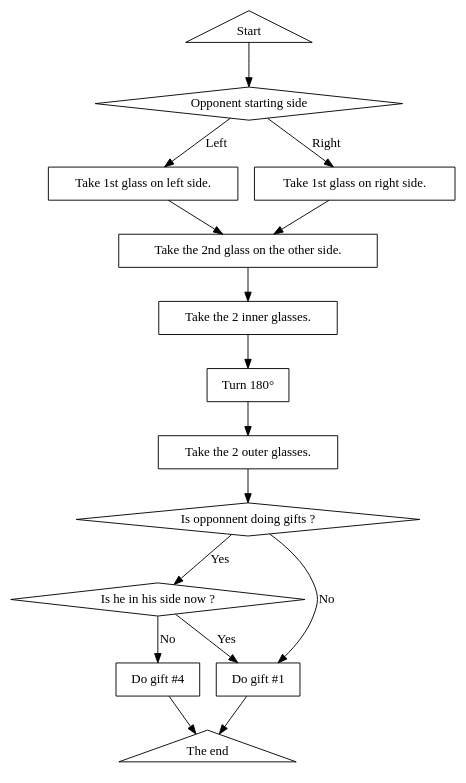
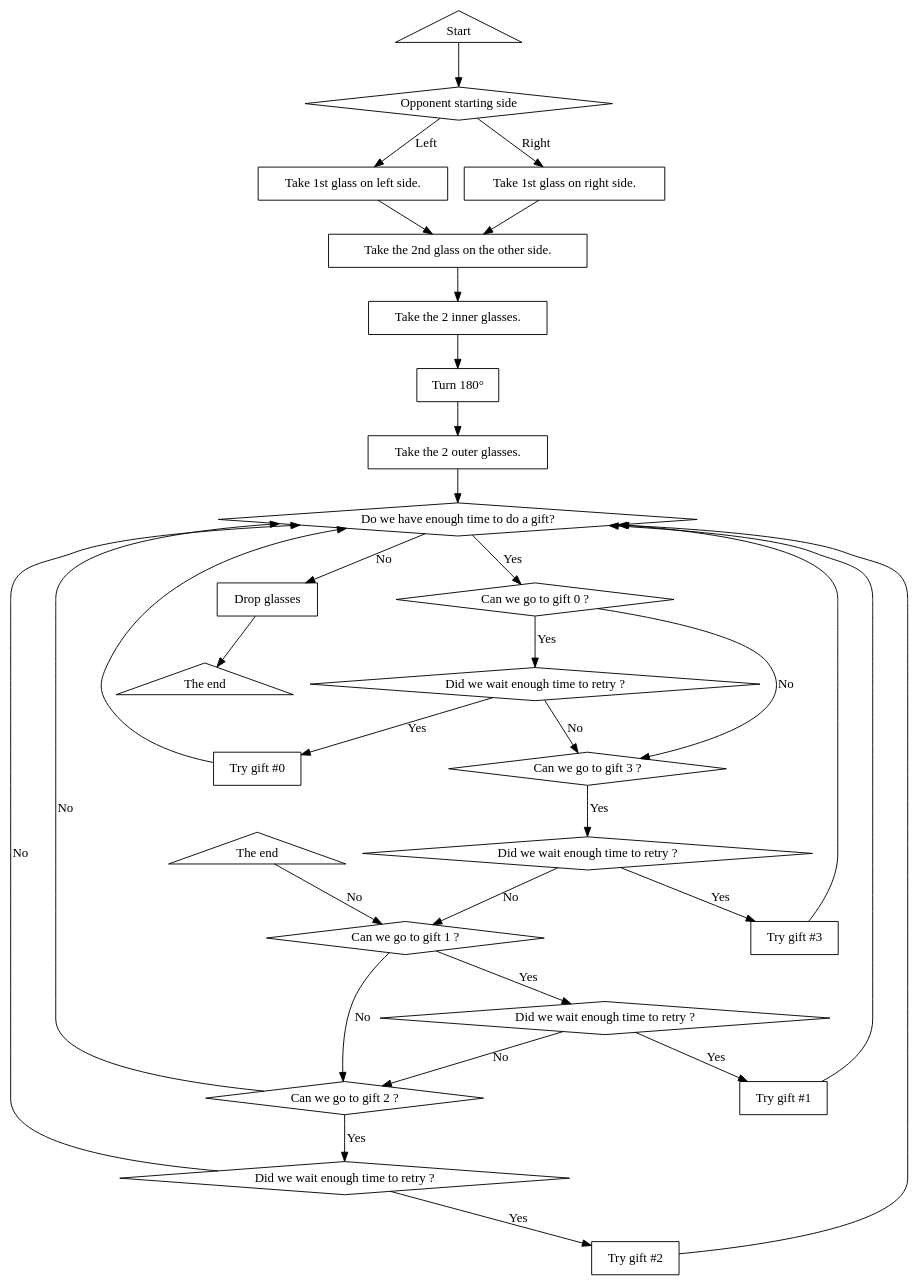
Before and after one commit to cvra/modules-old: the diagram in doc/strat.dot, drawn with Graphviz. The commit also changed 1 other file, not shown here.

```diff
--- a/doc/strat.dot
+++ b/doc/strat.dot
@@ -1,40 +1,69 @@
 digraph strat {
     rankdir = TD;
 
     node [shape=triangle, label="Start"]; start;
     node [shape=diamond, label="Opponent starting side"] opponent_start_side; 
     node [shape=box, label="Take 1st glass on left side."] take_1st_left;
     node [shape=box, label="Take 1st glass on right side."] take_1st_right;
     node [shape=box, label="Take the 2nd glass on the other side."] take_2nd_glass;
-    node [shape=box, label="Turn 180°"] turn_180_deg;
+    node [shape=box, label="Turn 180°"] glasses_turn_180_deg;
     node [shape=box, label="Take the 2 inner glasses."] take_inner_glasses;
     node [shape=box, label="Take the 2 outer glasses."] take_outer_glasses;
-    node [shape=diamond, label="Is opponnent doing gifts ?"] is_opponent_doing_gifts;
-    node [shape=diamond, label="Is he in his side now ?"] is_opponent_doing_gifts_in_his_side;
-    node [shape=box, label="Do gift #1"] do_gift_1;
-    node [shape=box, label="Do gift #4"] do_gift_4;
+    node [shape=diamond, label="Can we go to gift 0 ?"] is_gift_0_ok;
+    node [shape=diamond, label="Can we go to gift 1 ?"] is_gift_1_ok;
+    node [shape=diamond, label="Can we go to gift 2 ?"] is_gift_2_ok;
+    node [shape=diamond, label="Can we go to gift 3 ?"] is_gift_3_ok;
+    node [shape=diamond, label="Do we have enough time to do a gift?"] enough_time_for_gift;  
+    node [shape=diamond, label="Did we wait enough time to retry ?"] enough_time_retry_0;
+    node [shape=diamond, label="Did we wait enough time to retry ?"] enough_time_retry_1;
+    node [shape=diamond, label="Did we wait enough time to retry ?"] enough_time_retry_2;
+    node [shape=diamond, label="Did we wait enough time to retry ?"] enough_time_retry_3;
+    node [shape=box, label="Drop glasses"] drop_glasses;
+    node [shape=box, label="Try gift #0"] try_gift_0;
+    node [shape=box, label="Try gift #1"] try_gift_1;
+    node [shape=box, label="Try gift #2"] try_gift_2;
+    node [shape=box, label="Try gift #3"] try_gift_3;
     node [shape=triangle, label="The end"]; end;
 
     start->opponent_start_side;
     opponent_start_side->take_1st_left [label="Left"];
     opponent_start_side->take_1st_right[label="Right"];
     take_1st_left->take_2nd_glass;
     take_1st_right->take_2nd_glass;
 
     take_2nd_glass->take_inner_glasses;
-    take_inner_glasses->turn_180_deg;
-    turn_180_deg->take_outer_glasses;
+    take_inner_glasses->glasses_turn_180_deg;
+    glasses_turn_180_deg->take_outer_glasses;
 
-    take_outer_glasses->is_opponent_doing_gifts;
-    is_opponent_doing_gifts->is_opponent_doing_gifts_in_his_side[label="Yes"];
-    is_opponent_doing_gifts->do_gift_1[label="No"];
+    take_outer_glasses->enough_time_for_gift;
 
-    is_opponent_doing_gifts_in_his_side->do_gift_1[label="Yes"];
-    is_opponent_doing_gifts_in_his_side->do_gift_4[label="No"];
+    enough_time_for_gift->is_gift_0_ok[label="Yes"];
+    enough_time_for_gift->drop_glasses[label="No"]
+    drop_glasses->end;
 
-    do_gift_1->end;
-    do_gift_4->end;
+    is_gift_0_ok->enough_time_retry_0[label="Yes"];
+    enough_time_retry_0->try_gift_0[label="Yes"];
+    enough_time_retry_0->is_gift_3_ok[label="No"];
+    is_gift_0_ok->is_gift_3_ok[label="No"];
+
+    is_gift_3_ok->enough_time_retry_3[label="Yes"];
+    enough_time_retry_3->try_gift_3[label="Yes"];
+    enough_time_retry_3->is_gift_1_ok[label="No"];
+    is_gift_5_ok->is_gift_1_ok[label="No"];
+
+    is_gift_1_ok->enough_time_retry_1[label="Yes"];
+    enough_time_retry_1->try_gift_1[label="Yes"];
+    enough_time_retry_1->is_gift_2_ok[label="No"];
+    is_gift_1_ok->is_gift_2_ok[label="No"];
+
+    is_gift_2_ok->enough_time_retry_2[label="Yes"];
+    enough_time_retry_2->try_gift_2[label="Yes"];
+    enough_time_retry_2->enough_time_for_gift[label="No"];
+    is_gift_2_ok->enough_time_for_gift[label="No"];
     
-
+    try_gift_0->enough_time_for_gift;
+    try_gift_1->enough_time_for_gift;
+    try_gift_2->enough_time_for_gift;
+    try_gift_3->enough_time_for_gift;
     /// XXX TODO MORE STRATZ
 }
```
